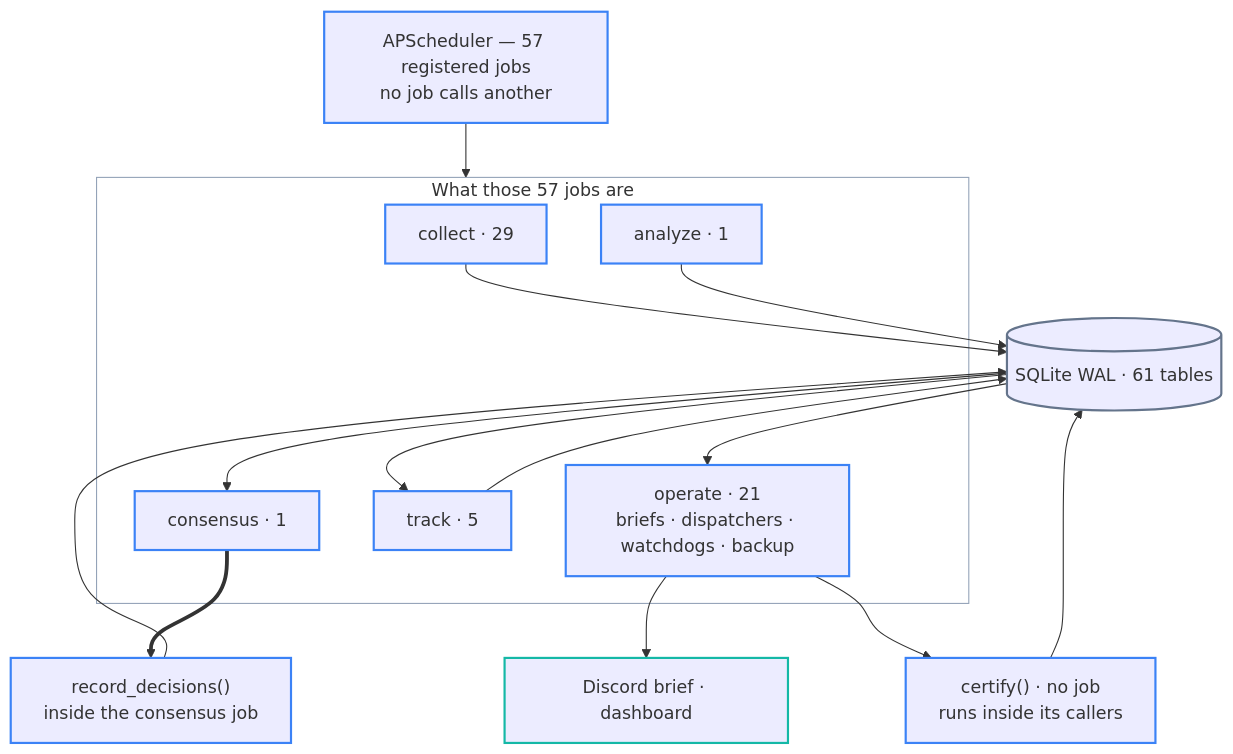
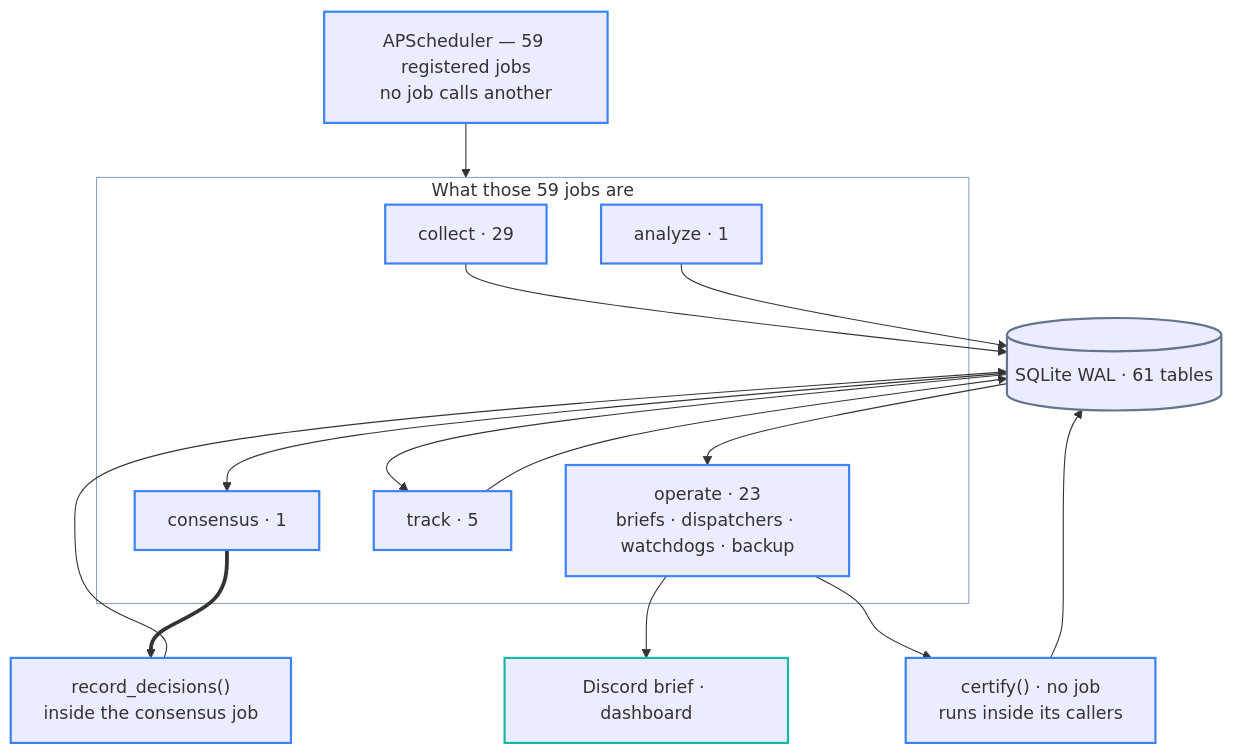
The second of 4 diagrams in README.md (researcherhojin/nuri-quant), drawn with Mermaid before and after one commit. The commit also changed other lines of this file and 8 other files, not shown here.

````diff
--- a/README.md
+++ b/README.md
@@ -83,38 +83,38 @@
 ```mermaid
 flowchart TB
-    CLOCK["APScheduler — 57 registered jobs<br/>no job calls another"]
+    CLOCK["APScheduler — 59 registered jobs<br/>no job calls another"]
 
-    subgraph JOBS["What those 57 jobs are"]
+    subgraph JOBS["What those 59 jobs are"]
         JC["collect · 29"]
         JA["analyze · 1"]
         JD["consensus · 1"]
         JT["track · 5"]
-        JO["operate · 21<br/>briefs · dispatchers · watchdogs · backup"]
+        JO["operate · 23<br/>briefs · dispatchers · watchdogs · backup"]
     end
 
     DB[("SQLite WAL · 61 tables")]
     RD["record_decisions()<br/>inside the consensus job"]
     CERT["certify() · no job<br/>runs inside its callers"]
     OUT["Discord brief · dashboard"]
 
     CLOCK --> JOBS
     JC --> DB
     JA --> DB
     DB --> JD
     JD ==> RD
     RD --> DB
     DB --> JT
     JT --> DB
     DB --> JO --> OUT
     JO --> CERT
     CERT --> DB
 
     classDef step  stroke:#3b82f6,stroke-width:2px
     classDef store stroke:#64748b,stroke-width:2px
     classDef out   stroke:#14b8a6,stroke-width:2px
     classDef zone  fill:none,stroke:#94a3b8,stroke-width:1px
     class CLOCK,JC,JA,JD,JT,JO,RD,CERT step
     class DB store
     class OUT out
     class JOBS zone
 ```
````
